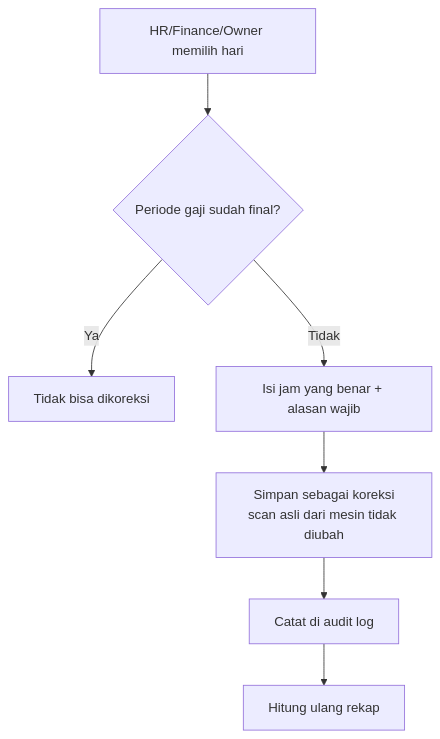
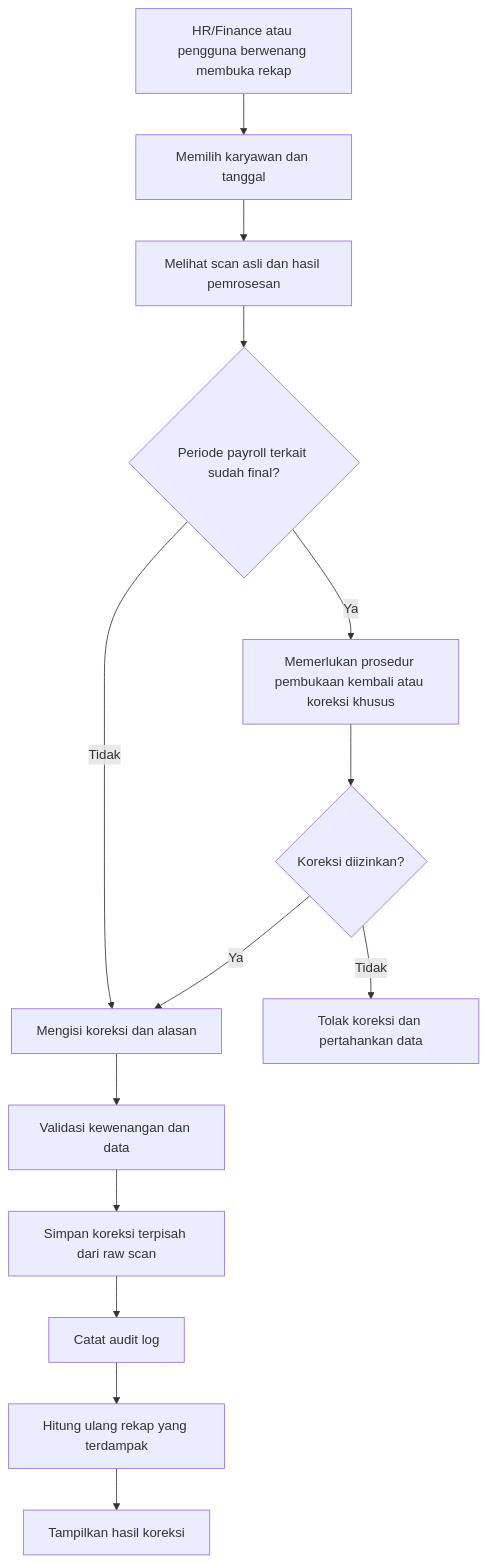
Before and after one commit to nflFauzan/Biometric-Attendence-System: the fifth of 13 diagrams in docs/alur.md, drawn with Mermaid. The commit also changed other lines of this file, not shown here.

````diff
--- a/docs/alur.md
+++ b/docs/alur.md
@@ -53,9 +199,16 @@
 ```mermaid
 flowchart TD
-  A[HR/Finance/Owner memilih hari] --> B{Periode gaji sudah final?}
-  B -- Ya --> X[Tidak bisa dikoreksi]
-  B -- Tidak --> C[Isi jam yang benar + alasan wajib]
-  C --> D[Simpan sebagai koreksi<br/>scan asli dari mesin tidak diubah]
-  D --> E[Catat di audit log]
-  E --> F[Hitung ulang rekap]
+    A["HR/Finance atau pengguna berwenang membuka rekap"] --> B["Memilih karyawan dan tanggal"]
+    B --> C["Melihat scan asli dan hasil pemrosesan"]
+    C --> D{"Periode payroll terkait sudah final?"}
+    D -- "Tidak" --> E["Mengisi koreksi dan alasan"]
+    D -- "Ya" --> F["Memerlukan prosedur pembukaan kembali atau koreksi khusus"]
+    F --> G{"Koreksi diizinkan?"}
+    G -- "Tidak" --> H["Tolak koreksi dan pertahankan data"]
+    G -- "Ya" --> E
+    E --> I["Validasi kewenangan dan data"]
+    I --> J["Simpan koreksi terpisah dari raw scan"]
+    J --> K["Catat audit log"]
+    K --> L["Hitung ulang rekap yang terdampak"]
+    L --> M["Tampilkan hasil koreksi"]
 ```
````
